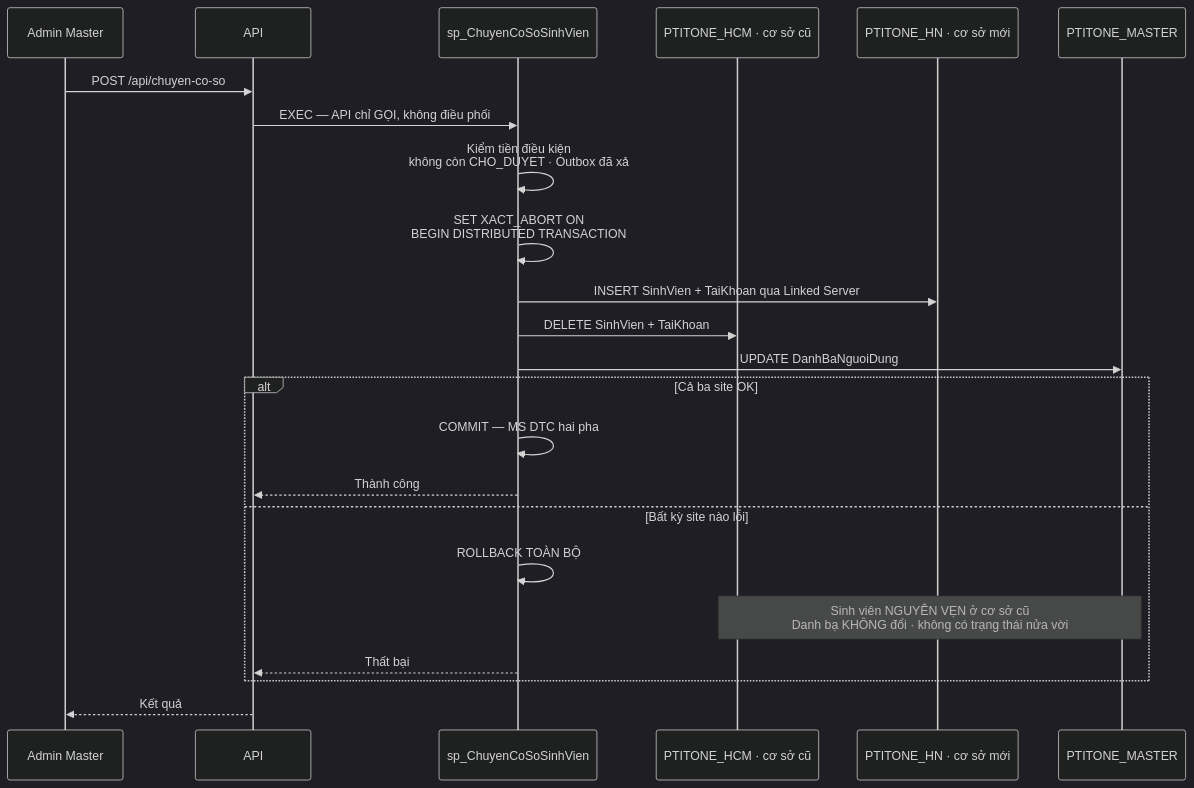
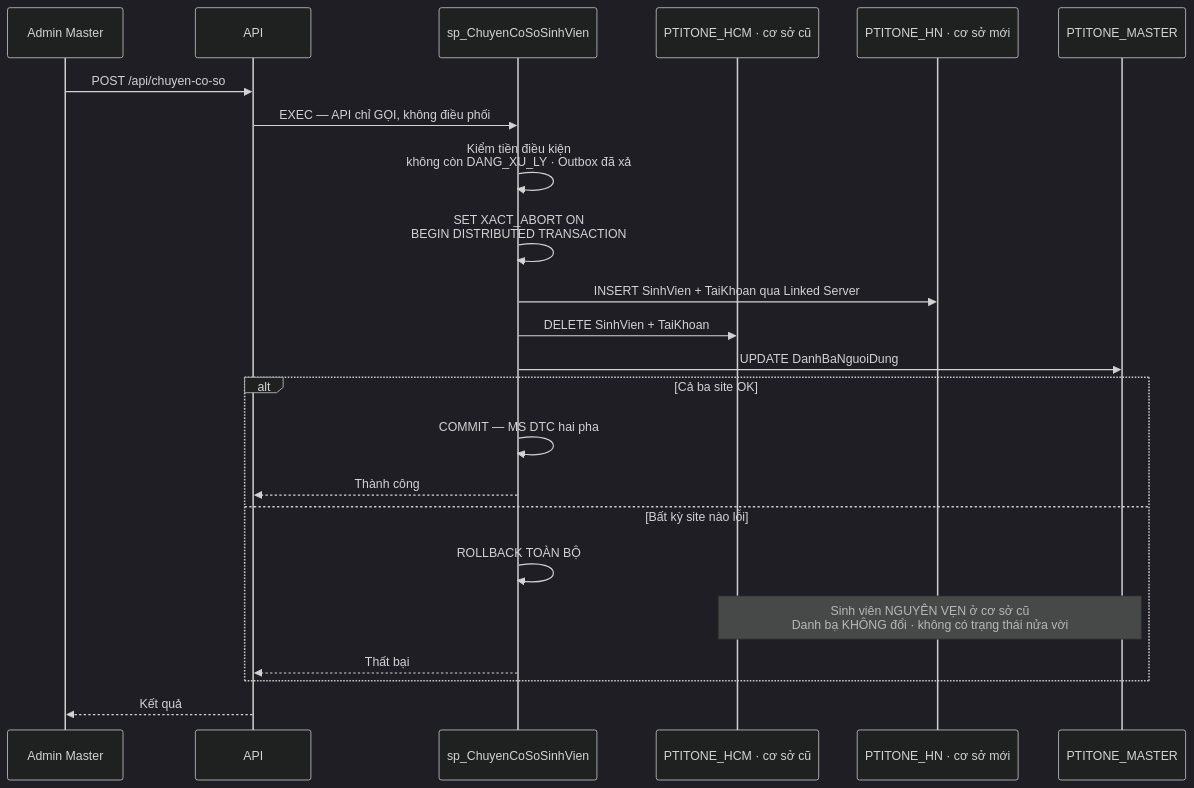
The sixth of 9 diagrams in README.md (khangdzvl050623/PTIT-One), drawn with Mermaid (dark theme) before and after one commit. The commit also changed other lines of this file and 2 other files, not shown here.

````diff
--- a/README.md
+++ b/README.md
@@ -227,26 +228,26 @@
 ```mermaid
 sequenceDiagram
     participant AD as Admin Master
     participant API as API
     participant SP as sp_ChuyenCoSoSinhVien
     participant OLD as PTITONE_HCM · cơ sở cũ
     participant NEW as PTITONE_HN · cơ sở mới
     participant M as PTITONE_MASTER
 
     AD->>API: POST /api/chuyen-co-so
     API->>SP: EXEC — API chỉ GỌI, không điều phối
-    SP->>SP: Kiểm tiền điều kiện<br/>không còn CHO_DUYET · Outbox đã xả
+    SP->>SP: Kiểm tiền điều kiện<br/>không còn DANG_XU_LY · Outbox đã xả
     SP->>SP: SET XACT_ABORT ON<br/>BEGIN DISTRIBUTED TRANSACTION
     SP->>NEW: INSERT SinhVien + TaiKhoan qua Linked Server
     SP->>OLD: DELETE SinhVien + TaiKhoan
     SP->>M: UPDATE DanhBaNguoiDung
     alt Cả ba site OK
         SP->>SP: COMMIT — MS DTC hai pha
         SP-->>API: Thành công
     else Bất kỳ site nào lỗi
         SP->>SP: ROLLBACK TOÀN BỘ
         Note over OLD,M: Sinh viên NGUYÊN VẸN ở cơ sở cũ<br/>Danh bạ KHÔNG đổi · không có trạng thái nửa vời
         SP-->>API: Thất bại
     end
     API-->>AD: Kết quả
 ```
````
